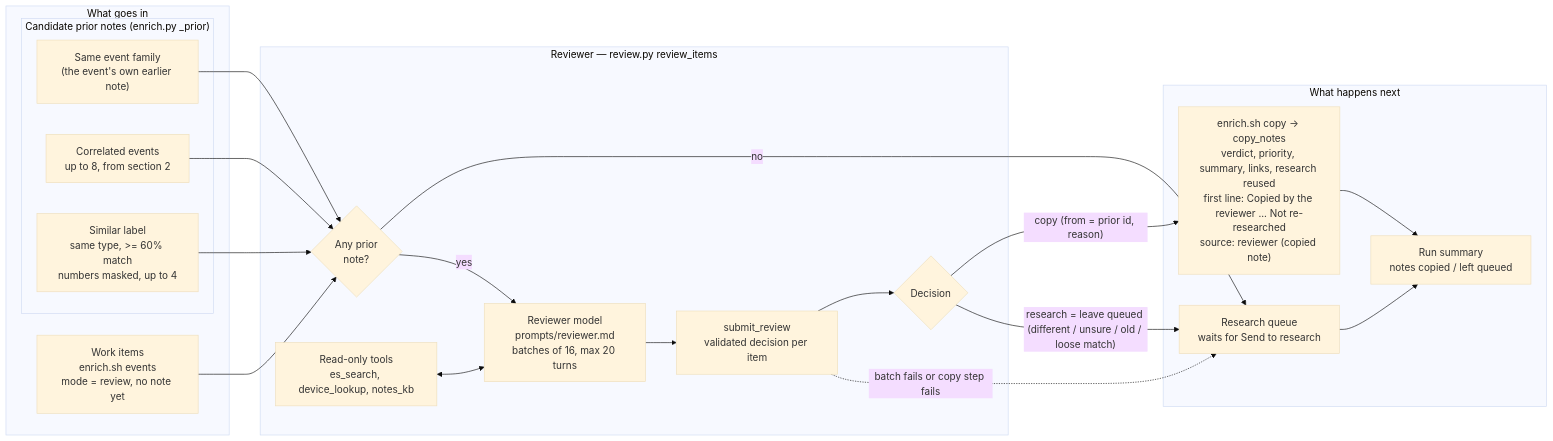
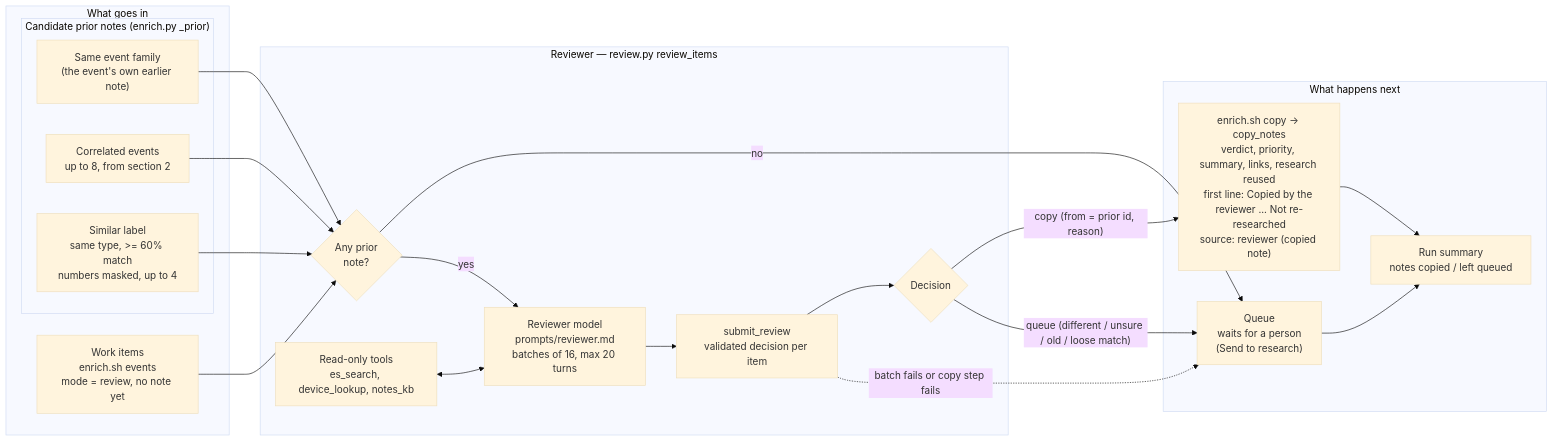
One commit to hermeslohin/netmon changed the third of 3 diagrams in docs/CORRELATION.md. Above: the diagram before and after it, drawn with Mermaid (base theme). The commit also changed other lines of this file and 41 other files, not shown here.

````diff
--- a/docs/CORRELATION.md
+++ b/docs/CORRELATION.md
@@ -595,40 +608,40 @@
 ```mermaid
 flowchart LR
     subgraph IN["What goes in"]
         WORK["Work items\nenrich.sh events\nmode = review, no note yet"]
         subgraph PRIORS["Candidate prior notes (enrich.py _prior)"]
             P1["Same event family\n(the event's own earlier note)"]
             P2["Correlated events\nup to 8, from section 2"]
             P3["Similar label\nsame type, >= 60% match\nnumbers masked, up to 4"]
         end
     end
 
     subgraph REV["Reviewer — review.py review_items"]
         NP{"Any prior\nnote?"}
         RM["Reviewer model\nprompts/reviewer.md\nbatches of 16, max 20 turns"]
         TOOLS["Read-only tools\nes_search, device_lookup, notes_kb"]
         SUB["submit_review\nvalidated decision per item"]
         DEC{"Decision"}
     end
 
     subgraph OUT["What happens next"]
         CP["enrich.sh copy -> copy_notes\nverdict, priority, summary, links, research reused\nfirst line: Copied by the reviewer ... Not re-researched\nsource: reviewer (copied note)"]
-        RS["Research queue\nwaits for Send to research"]
+        RS["Queue\nwaits for a person\n(Send to research)"]
         STAT["Run summary\nnotes copied / left queued"]
     end
 
     WORK --> NP
     P1 --> NP
     P2 --> NP
     P3 --> NP
     NP -- "no" --> RS
     NP -- "yes" --> RM
     TOOLS <--> RM
     RM --> SUB
     SUB --> DEC
     DEC -- "copy (from = prior id, reason)" --> CP
-    DEC -- "research = leave queued (different / unsure / old / loose match)" --> RS
+    DEC -- "queue (different / unsure / old / loose match)" --> RS
     SUB -. "batch fails or copy step fails" .-> RS
     CP --> STAT
     RS --> STAT
 ```
````
